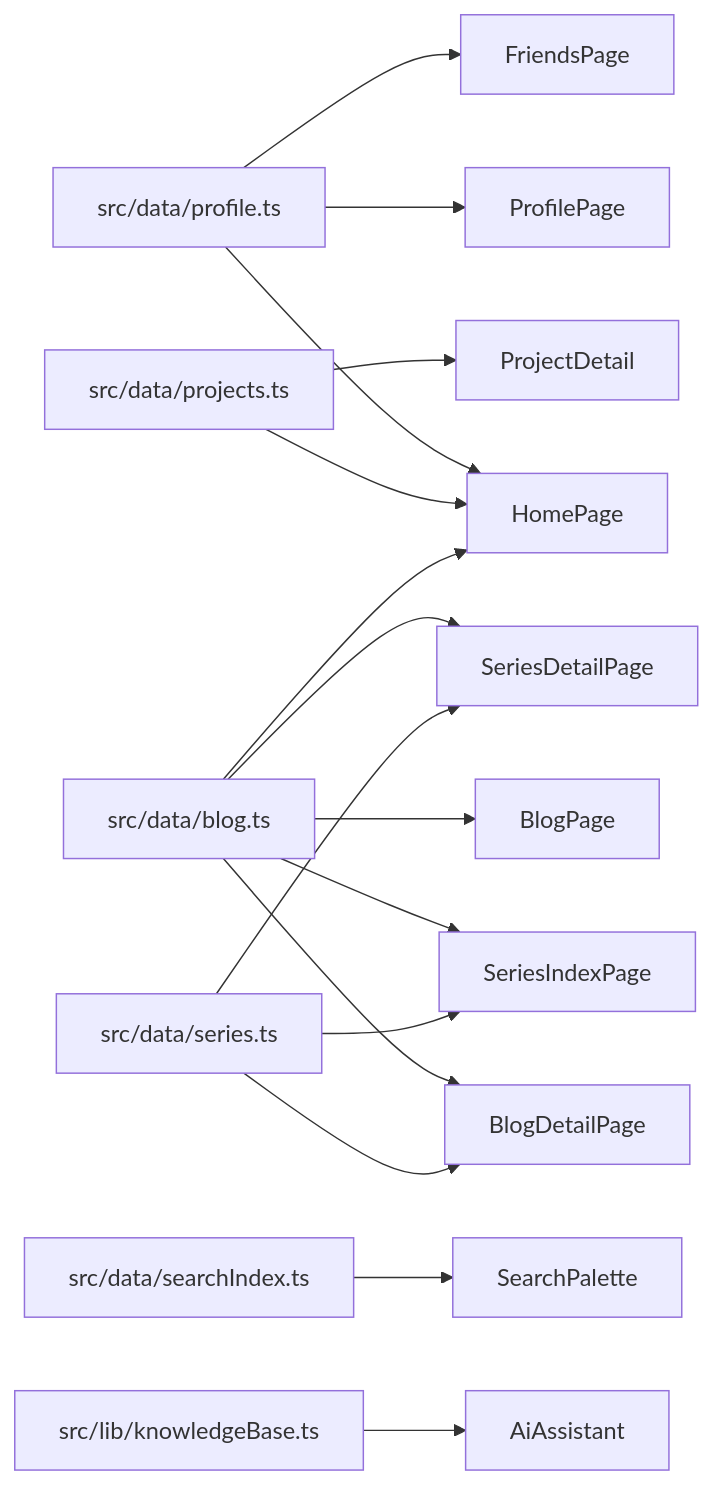
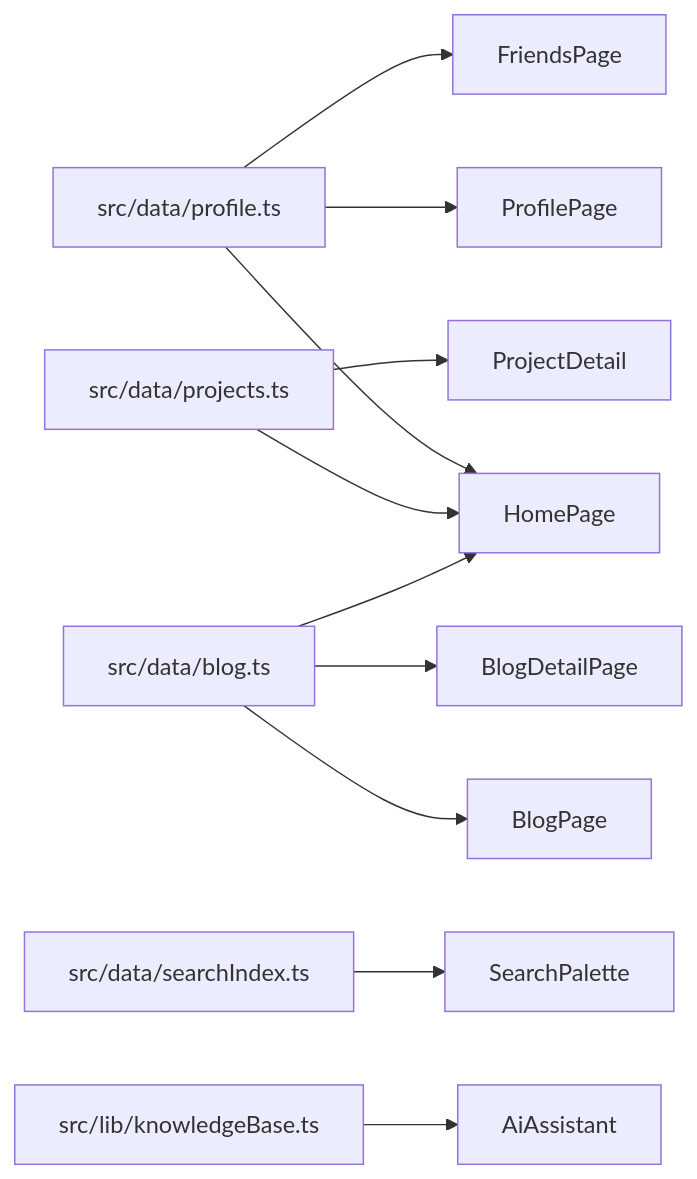
The second of 2 diagrams in SITE_ANALYSIS.md (BobHuang666/BobHuang666.github.io), drawn with Mermaid before and after one commit. The commit also changed other lines of this file and 19 other files, not shown here.

````diff
--- a/SITE_ANALYSIS.md
+++ b/SITE_ANALYSIS.md
@@ -280,18 +244,13 @@
 ```mermaid
 flowchart LR
   A[src/data/profile.ts] --> H[HomePage]
   A --> P[ProfilePage]
   A --> F[FriendsPage]
   B[src/data/projects.ts] --> H
   B --> D[ProjectDetail]
   C[src/data/blog.ts] --> H
   C --> BL[BlogPage]
   C --> BD[BlogDetailPage]
-  C --> SI[SeriesIndexPage]
-  C --> SD[SeriesDetailPage]
-  E[src/data/series.ts] --> BD
-  E --> SI
-  E --> SD
   G[src/data/searchIndex.ts] --> SP[SearchPalette]
   K[src/lib/knowledgeBase.ts] --> AI[AiAssistant]
 ```
````
